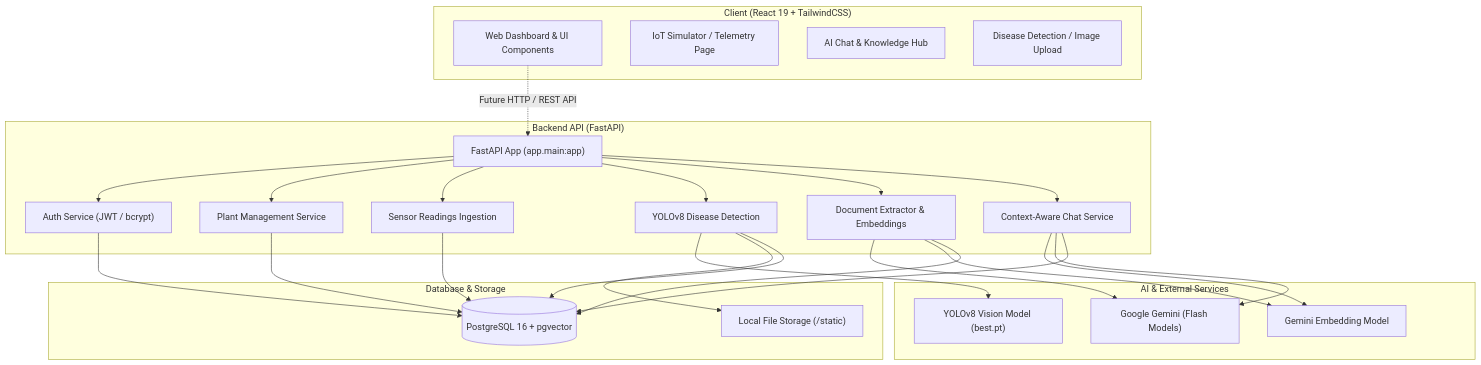
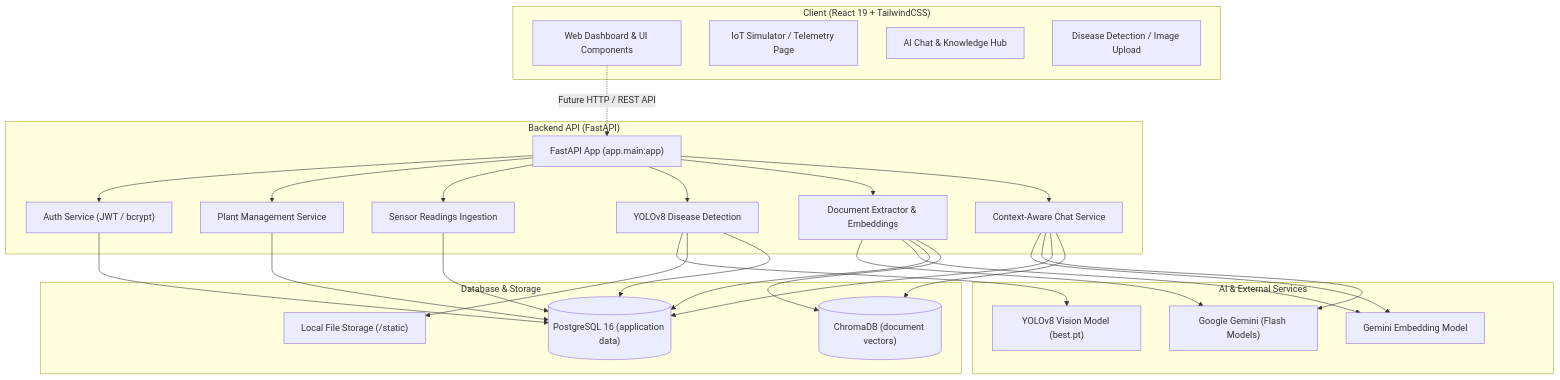
The diagram in README.md (2ymenzitouni/Agriculture_Platform), drawn with Mermaid before and after one commit. The commit also changed other lines of this file and 45 other files, not shown here.

Commit message:
use ChromaDB, enhance chat response

````diff
--- a/README.md
+++ b/README.md
@@ -24,52 +24,55 @@
 ```mermaid
 graph TD
     subgraph Client ["Client (React 19 + TailwindCSS)"]
         UI["Web Dashboard & UI Components"]
         UI_Sim["IoT Simulator / Telemetry Page"]
         UI_Chat["AI Chat & Knowledge Hub"]
         UI_Vision["Disease Detection / Image Upload"]
     end
 
     subgraph Backend ["Backend API (FastAPI)"]
         API["FastAPI App (app.main:app)"]
         Auth["Auth Service (JWT / bcrypt)"]
         PlantSvc["Plant Management Service"]
         SensorSvc["Sensor Readings Ingestion"]
         VisionSvc["YOLOv8 Disease Detection"]
         RAGSvc["Document Extractor & Embeddings"]
         ChatSvc["Context-Aware Chat Service"]
     end
 
     subgraph Storage ["Database & Storage"]
-        PG[("PostgreSQL 16 + pgvector")]
+        PG[("PostgreSQL 16 (application data)")]
+        Chroma[("ChromaDB (document vectors)")]
         StaticFiles["Local File Storage (/static)"]
     end
 
     subgraph AI_Engines ["AI & External Services"]
         YOLO["YOLOv8 Vision Model (best.pt)"]
         GeminiFlash["Google Gemini (Flash Models)"]
         GeminiEmbed["Gemini Embedding Model"]
     end
 
     UI -.->|"Future HTTP / REST API"| API
     API --> Auth
     API --> PlantSvc
     API --> SensorSvc
     API --> VisionSvc
     API --> RAGSvc
     API --> ChatSvc
 
     VisionSvc --> YOLO
     VisionSvc --> StaticFiles
     RAGSvc --> GeminiFlash
     RAGSvc --> GeminiEmbed
     ChatSvc --> GeminiEmbed
     ChatSvc --> GeminiFlash
 
     Auth --> PG
     PlantSvc --> PG
     SensorSvc --> PG
     VisionSvc --> PG
     RAGSvc --> PG
+    RAGSvc --> Chroma
     ChatSvc --> PG
+    ChatSvc --> Chroma
 ```
````
